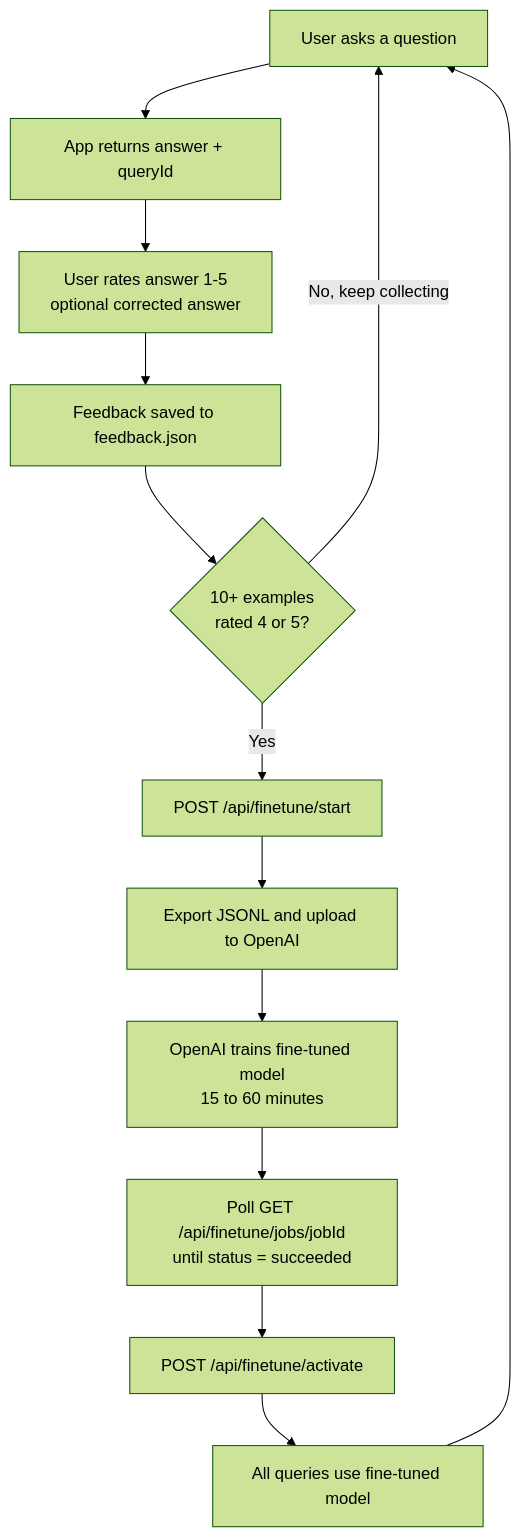
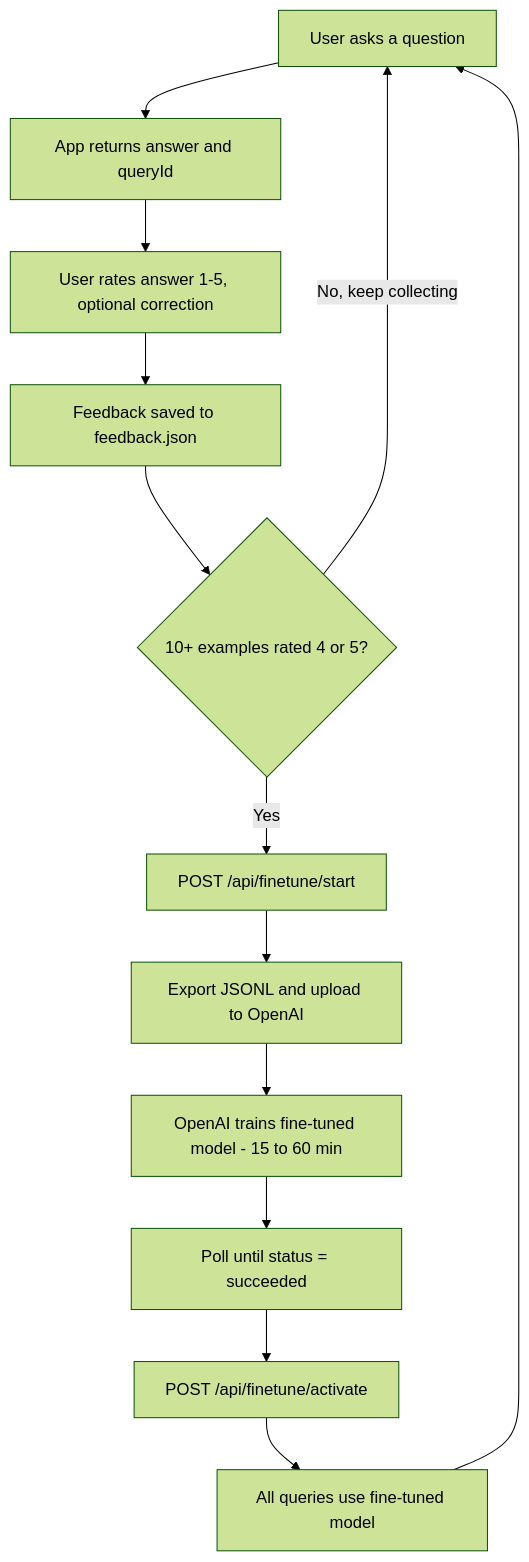
The third of 3 diagrams in README.md (satulurideepak4/summarize-document), drawn with Mermaid (forest theme) before and after one commit. The commit also changed other lines of this file, not shown here.

````diff
--- a/README.md
+++ b/README.md
@@ -277,15 +277,15 @@
 ```mermaid
 flowchart TD
-    A[User asks a question] --> B[App returns answer + queryId]
-    B --> C[User rates answer 1-5\noptional corrected answer]
+    A[User asks a question] --> B[App returns answer and queryId]
+    B --> C[User rates answer 1-5, optional correction]
     C --> D[Feedback saved to feedback.json]
-    D --> E{10+ examples\nrated 4 or 5?}
+    D --> E{10+ examples rated 4 or 5?}
     E -- No, keep collecting --> A
     E -- Yes --> F[POST /api/finetune/start]
     F --> G[Export JSONL and upload to OpenAI]
-    G --> H[OpenAI trains fine-tuned model\n15 to 60 minutes]
-    H --> I[Poll GET /api/finetune/jobs/jobId\nuntil status = succeeded]
+    G --> H[OpenAI trains fine-tuned model - 15 to 60 min]
+    H --> I[Poll until status = succeeded]
     I --> J[POST /api/finetune/activate]
     J --> K[All queries use fine-tuned model]
     K --> A
 ```
````
